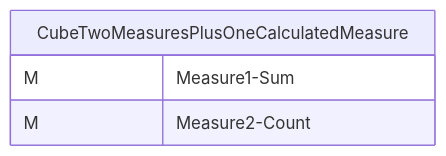
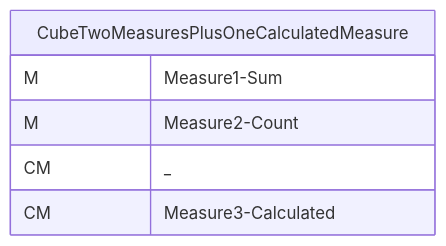
Before and after one commit to xmla-services/workground: the first of 3 diagrams in demo/server/catalogs/tutorial_01-04-06_Cube_Measure_CalculatedMember_without_name_Error/README.MD, drawn with Mermaid. The commit also changed 15 other files, not shown here.

````diff
--- a/demo/server/catalogs/tutorial_01-04-06_Cube_Measure_CalculatedMember_without_name_Error/README.MD
+++ b/demo/server/catalogs/tutorial_01-04-06_Cube_Measure_CalculatedMember_without_name_Error/README.MD
@@ -26,18 +26,20 @@
 ```mermaid
 %%{init: {
 "theme": "default",
 "themeCSS": [
     ".er.entityBox {stroke: black;}",
     ".er.attributeBoxEven {stroke: black;}",
     ".er.attributeBoxOdd {stroke: black;}",
     "[id^=entity-c] .er.entityBox { fill: lightgreen;} ",
     "[id^=entity-d] .er.entityBox { fill: powderblue;} ",
     "[id^=entity-h] .er.entityBox { fill: pink;} "
 ]
 }}%%
 erDiagram
 c0["CubeTwoMeasuresPlusOneCalculatedMeasure"]{
 M Measure1-Sum ""
 M Measure2-Count ""
+CM _ ""
+CM Measure3-Calculated ""
 }
 ```
````
